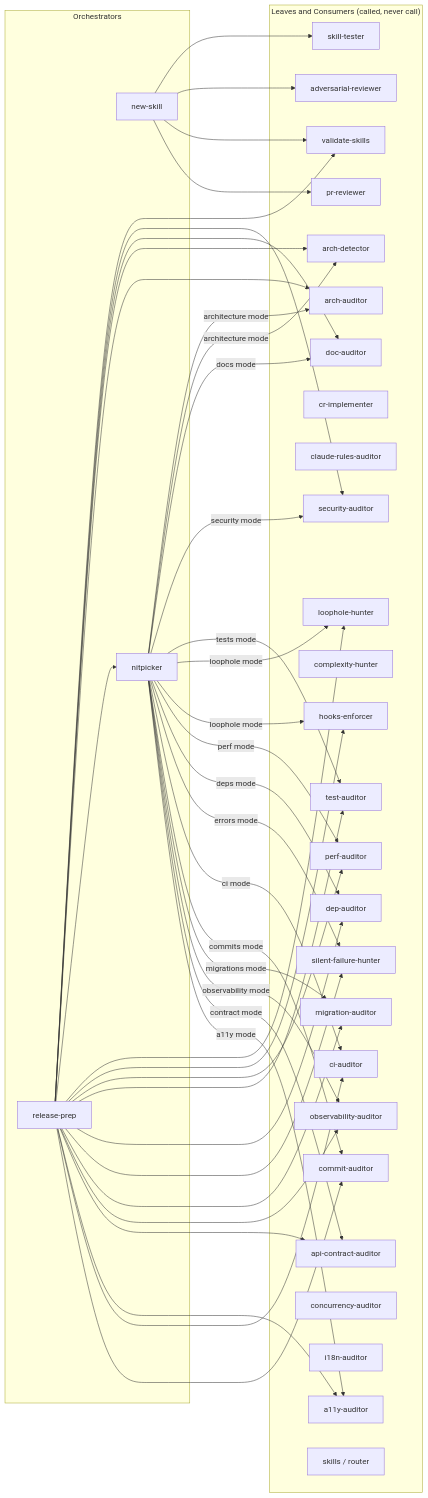
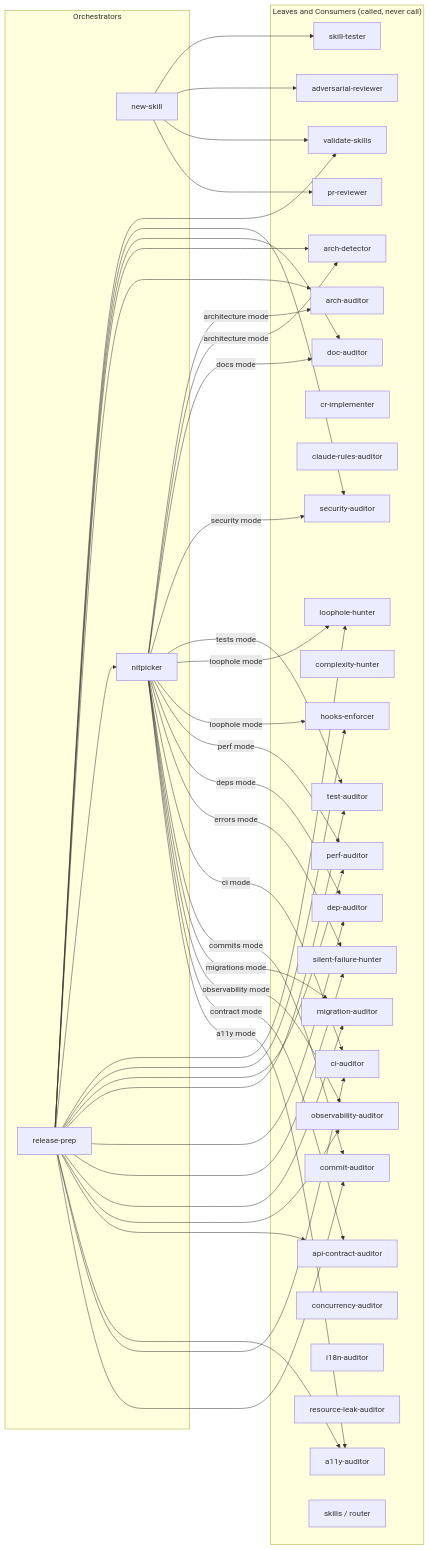
One commit to ivuorinen/skills changed the sixth of 6 diagrams in .claude/skills/README.md. Above: the diagram before and after it, drawn with Mermaid. The commit also changed other lines of this file and 9 other files, not shown here.

Commit message:
feat: add resource-leak-auditor skill (#49)

````diff
--- a/.claude/skills/README.md
+++ b/.claude/skills/README.md
@@ -435,78 +445,79 @@
 ```mermaid
 graph LR
     subgraph orchestrators["Orchestrators"]
         NS[new-skill]
         RP[release-prep]
         NP[nitpicker]
     end
 
     subgraph leaves["Leaves and Consumers (called, never call)"]
         AR[adversarial-reviewer]
         VS[validate-skills]
         AD[arch-detector]
         AA[arch-auditor]
         DA[doc-auditor]
         PR[pr-reviewer]
         SA[security-auditor]
         CRI[cr-implementer]
         CRA[claude-rules-auditor]
         LH[loophole-hunter]
         HE[hooks-enforcer]
         CH[complexity-hunter]
         PA[perf-auditor]
         TA[test-auditor]
         DEP[dep-auditor]
         SFH[silent-failure-hunter]
         CIA[ci-auditor]
         CMA[commit-auditor]
         MA[migration-auditor]
         OBA[observability-auditor]
         ACA[api-contract-auditor]
         AY[a11y-auditor]
         CC[concurrency-auditor]
         I18[i18n-auditor]
+        RLK[resource-leak-auditor]
         ST[skill-tester]
         SK[skills / router]
     end
 
     NS --> ST
     NS --> AR
     NS --> VS
     NS --> PR
 
     RP --> VS
     RP --> SA
     RP --> DA
     RP --> AD
     RP --> AA
     RP --> NP
     RP --> LH
     RP --> HE
     RP --> PA
     RP --> TA
     RP --> DEP
     RP --> SFH
     RP --> MA
     RP --> OBA
     RP --> ACA
     RP --> AY
     RP --> CIA
     RP --> CMA
 
     NP -->|architecture mode| AA
     NP -->|architecture mode| AD
     NP -->|docs mode| DA
     NP -->|security mode| SA
     NP -->|tests mode| TA
     NP -->|loophole mode| LH
     NP -->|loophole mode| HE
     NP -->|perf mode| PA
     NP -->|deps mode| DEP
     NP -->|errors mode| SFH
     NP -->|ci mode| CIA
     NP -->|commits mode| CMA
     NP -->|migrations mode| MA
     NP -->|observability mode| OBA
     NP -->|contract mode| ACA
     NP -->|a11y mode| AY
 ```
````
